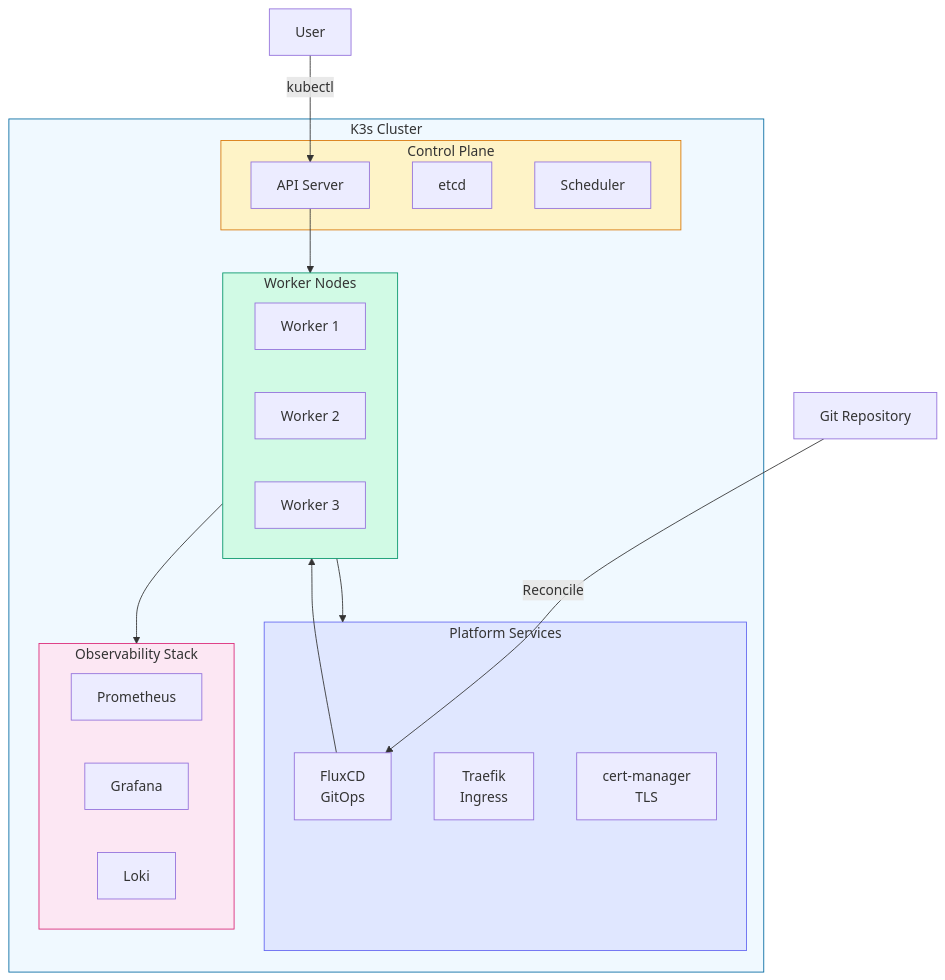
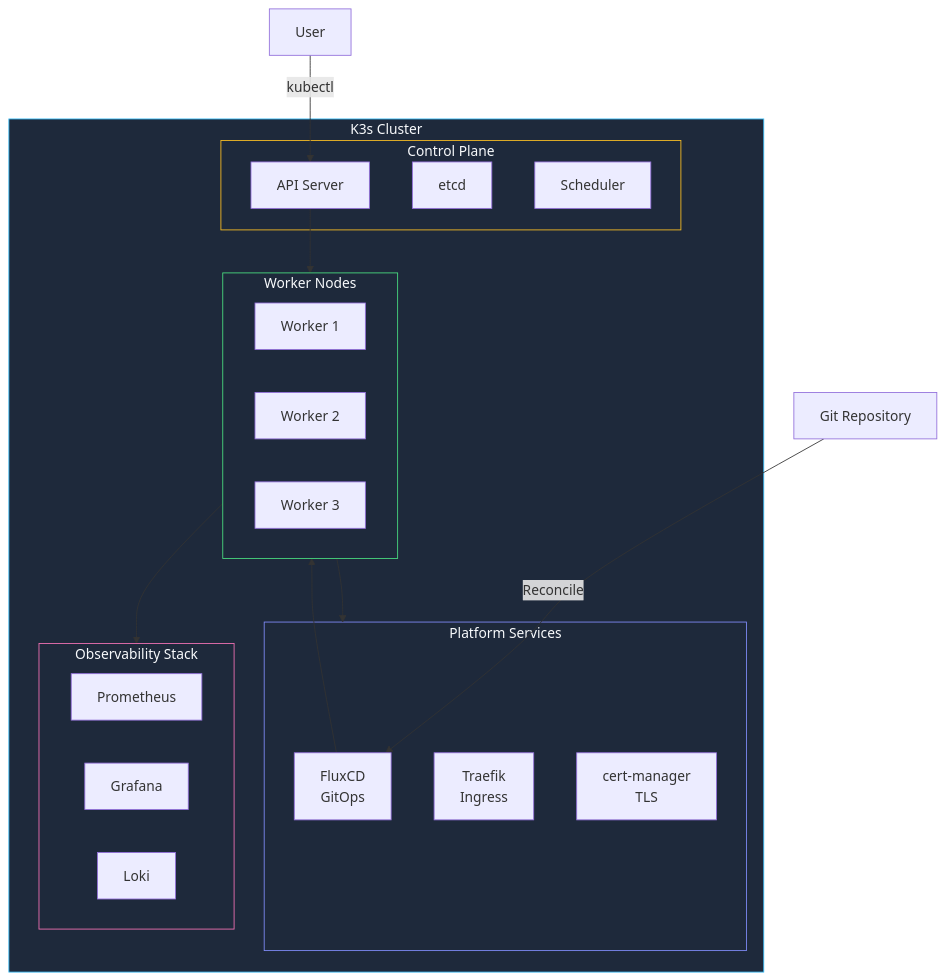
One commit to KombiverseLabs/docs changed the first of 5 diagrams in stackkits/kits/modern-homelab.mdx. Above: the diagram before and after it, drawn with Mermaid. The commit also changed other lines of this file and 33 other files, not shown here.

````diff
--- a/stackkits/kits/modern-homelab.mdx
+++ b/stackkits/kits/modern-homelab.mdx
@@ -14,44 +14,44 @@
 ```mermaid
 graph TB
     subgraph Cluster["K3s Cluster"]
         subgraph CP["Control Plane"]
             API["API Server"]
             ETCD["etcd"]
             Sched["Scheduler"]
         end
         
         subgraph Workers["Worker Nodes"]
             W1["Worker 1"]
             W2["Worker 2"]
             W3["Worker 3"]
         end
         
         subgraph Platform["Platform Services"]
             Flux["FluxCD<br/>GitOps"]
             Traefik["Traefik<br/>Ingress"]
             Cert["cert-manager<br/>TLS"]
         end
         
         subgraph Observability["Observability Stack"]
             Prom["Prometheus"]
             Graf["Grafana"]
             Loki["Loki"]
         end
     end
     
     Git["Git Repository"]
     User["User"]
     
     Git -->|Reconcile| Flux
     Flux --> Workers
     User -->|kubectl| API
     API --> Workers
     Workers --> Platform
     Workers --> Observability
     
-    style Cluster fill:#f0f9ff,stroke:#0369a1
-    style CP fill:#fef3c7,stroke:#d97706
-    style Workers fill:#d1fae5,stroke:#059669
-    style Platform fill:#e0e7ff,stroke:#6366f1
-    style Observability fill:#fce7f3,stroke:#db2777
+    style Cluster fill:#1e293b,stroke:#38bdf8,color:#f8fafc
+    style CP fill:#1e293b,stroke:#fbbf24,color:#f8fafc
+    style Workers fill:#1e293b,stroke:#4ade80,color:#f8fafc
+    style Platform fill:#1e293b,stroke:#818cf8,color:#f8fafc
+    style Observability fill:#1e293b,stroke:#f472b6,color:#f8fafc
 ```
````
